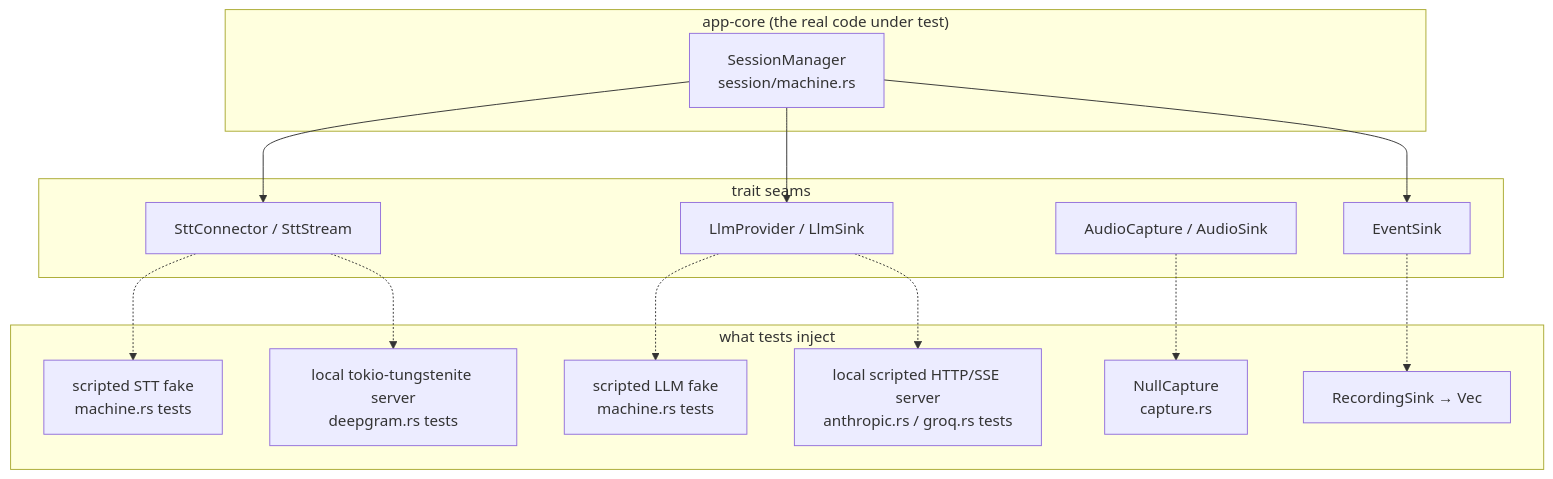
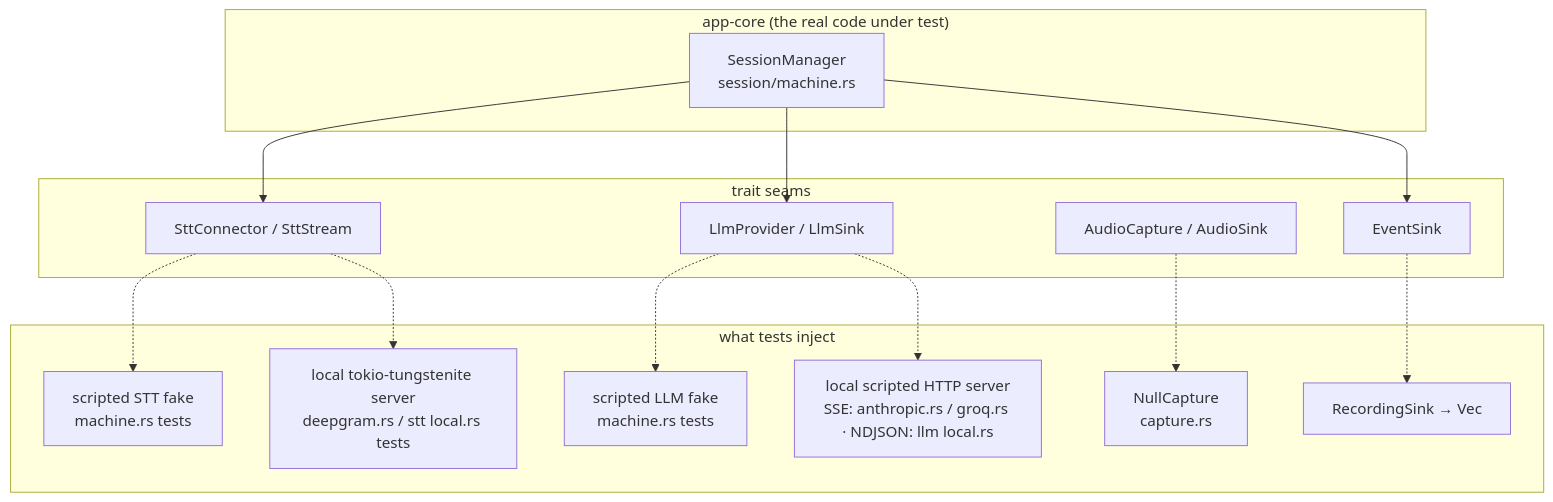
The diagram in docs/DEVELOPMENT.md (elirc/aicallhelper), drawn with Mermaid before and after one commit. The commit also changed other lines of this file and 96 other files, not shown here.

````diff
--- a/docs/DEVELOPMENT.md
+++ b/docs/DEVELOPMENT.md
@@ -70,27 +104,27 @@
 ```mermaid
 flowchart TB
     subgraph core["app-core (the real code under test)"]
         M[SessionManager<br/>session/machine.rs]
     end
     subgraph seams["trait seams"]
         S[SttConnector / SttStream]
         L[LlmProvider / LlmSink]
         A[AudioCapture / AudioSink]
         E[EventSink]
     end
     subgraph fakes["what tests inject"]
         FS[scripted STT fake<br/>machine.rs tests]
         FL[scripted LLM fake<br/>machine.rs tests]
-        WS[local tokio-tungstenite server<br/>deepgram.rs tests]
-        HS[local scripted HTTP/SSE server<br/>anthropic.rs / groq.rs tests]
+        WS[local tokio-tungstenite server<br/>deepgram.rs / stt local.rs tests]
+        HS[local scripted HTTP server<br/>SSE: anthropic.rs / groq.rs · NDJSON: llm local.rs]
         NC[NullCapture<br/>capture.rs]
         RS[RecordingSink → Vec]
     end
     M --> S & L & E
     S -.-> FS
     S -.-> WS
     L -.-> FL
     L -.-> HS
     A -.-> NC
     E -.-> RS
 ```
````
